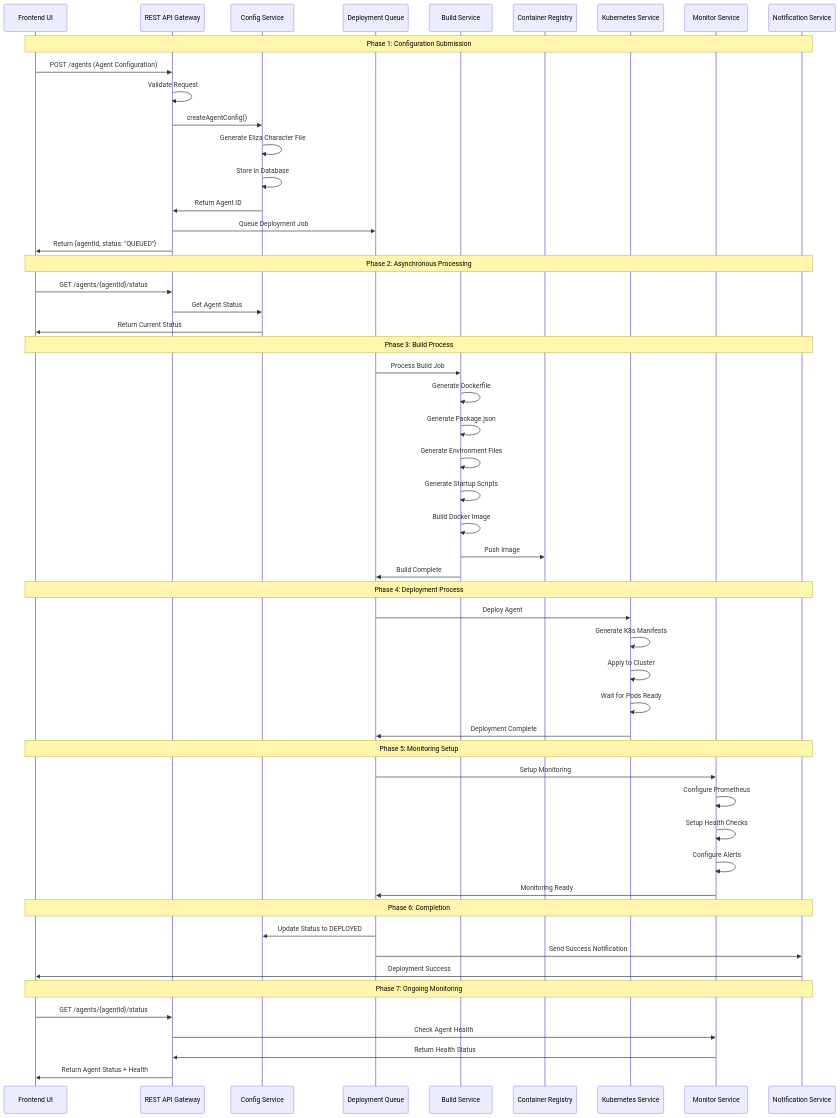
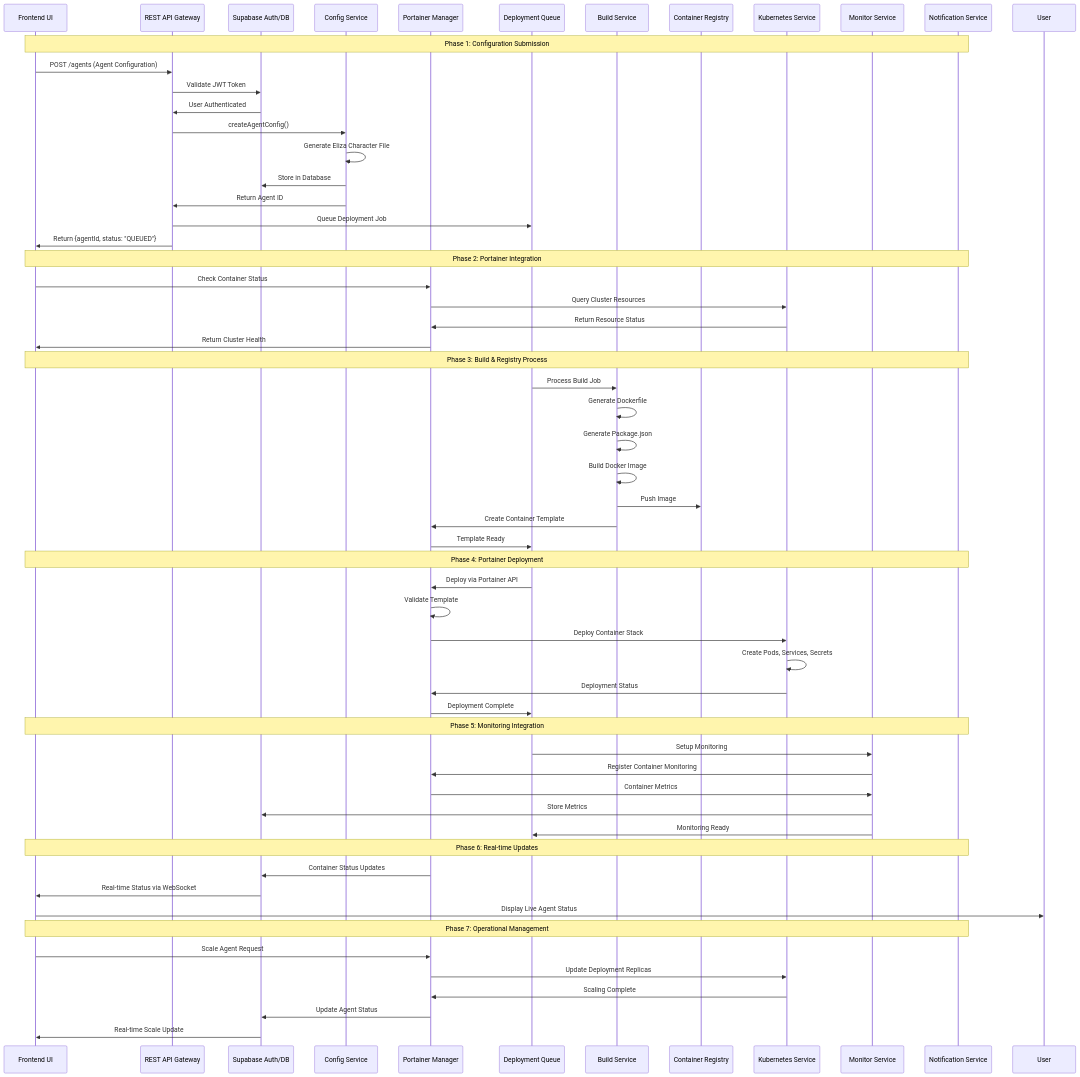
Before and after one commit to caelusway/agent-launchpad-infra: the first of 2 diagrams in docs/architecture.md, drawn with Mermaid. The commit also changed other lines of this file and 4 other files, not shown here.

Commit message:
Portainer gui and api added general infra

````diff
--- a/docs/architecture.md
+++ b/docs/architecture.md
@@ -97,62 +134,67 @@
 ```mermaid
 sequenceDiagram
     participant UI as Frontend UI
     participant API as REST API Gateway
+    participant Supabase as Supabase Auth/DB
     participant Config as Config Service
+    participant Portainer as Portainer Manager
     participant Queue as Deployment Queue
     participant Build as Build Service
     participant Registry as Container Registry
     participant K8s as Kubernetes Service
     participant Monitor as Monitor Service
     participant Notification as Notification Service
     
     Note over UI,Notification: Phase 1: Configuration Submission
     UI->>API: POST /agents (Agent Configuration)
-    API->>API: Validate Request
+    API->>Supabase: Validate JWT Token
+    Supabase->>API: User Authenticated
     API->>Config: createAgentConfig()
     Config->>Config: Generate Eliza Character File
-    Config->>Config: Store in Database
+    Config->>Supabase: Store in Database
     Config->>API: Return Agent ID
     API->>Queue: Queue Deployment Job
     API->>UI: Return {agentId, status: "QUEUED"}
     
-    Note over UI,Notification: Phase 2: Asynchronous Processing
-    UI->>API: GET /agents/{agentId}/status
-    API->>Config: Get Agent Status
-    Config->>UI: Return Current Status
+    Note over UI,Notification: Phase 2: Portainer Integration
+    UI->>Portainer: Check Container Status
+    Portainer->>K8s: Query Cluster Resources
+    K8s->>Portainer: Return Resource Status
+    Portainer->>UI: Return Cluster Health
     
-    Note over UI,Notification: Phase 3: Build Process
+    Note over UI,Notification: Phase 3: Build & Registry Process
     Queue->>Build: Process Build Job
     Build->>Build: Generate Dockerfile
     Build->>Build: Generate Package.json
-    Build->>Build: Generate Environment Files
-    Build->>Build: Generate Startup Scripts
     Build->>Build: Build Docker Image
     Build->>Registry: Push Image
-    Build->>Queue: Build Complete
+    Build->>Portainer: Create Container Template
+    Portainer->>Queue: Template Ready
     
-    Note over UI,Notification: Phase 4: Deployment Process
-    Queue->>K8s: Deploy Agent
-    K8s->>K8s: Generate K8s Manifests
-    K8s->>K8s: Apply to Cluster
-    K8s->>K8s: Wait for Pods Ready
-    K8s->>Queue: Deployment Complete
+    Note over UI,Notification: Phase 4: Portainer Deployment
+    Queue->>Portainer: Deploy via Portainer API
+    Portainer->>Portainer: Validate Template
+    Portainer->>K8s: Deploy Container Stack
+    K8s->>K8s: Create Pods, Services, Secrets
+    K8s->>Portainer: Deployment Status
+    Portainer->>Queue: Deployment Complete
     
-    Note over UI,Notification: Phase 5: Monitoring Setup
+    Note over UI,Notification: Phase 5: Monitoring Integration
     Queue->>Monitor: Setup Monitoring
-    Monitor->>Monitor: Configure Prometheus
-    Monitor->>Monitor: Setup Health Checks
-    Monitor->>Monitor: Configure Alerts
+    Monitor->>Portainer: Register Container Monitoring
+    Portainer->>Monitor: Container Metrics
+    Monitor->>Supabase: Store Metrics
     Monitor->>Queue: Monitoring Ready
     
-    Note over UI,Notification: Phase 6: Completion
-    Queue->>Config: Update Status to DEPLOYED
-    Queue->>Notification: Send Success Notification
-    Notification->>UI: Deployment Success
+    Note over UI,Notification: Phase 6: Real-time Updates
+    Portainer->>Supabase: Container Status Updates
+    Supabase->>UI: Real-time Status via WebSocket
+    UI->>User: Display Live Agent Status
     
-    Note over UI,Notification: Phase 7: Ongoing Monitoring
-    UI->>API: GET /agents/{agentId}/status
-    API->>Monitor: Check Agent Health
-    Monitor->>API: Return Health Status
-    API->>UI: Return Agent Status + Health
+    Note over UI,Notification: Phase 7: Operational Management
+    UI->>Portainer: Scale Agent Request
+    Portainer->>K8s: Update Deployment Replicas
+    K8s->>Portainer: Scaling Complete
+    Portainer->>Supabase: Update Agent Status
+    Supabase->>UI: Real-time Scale Update
 ```
````
